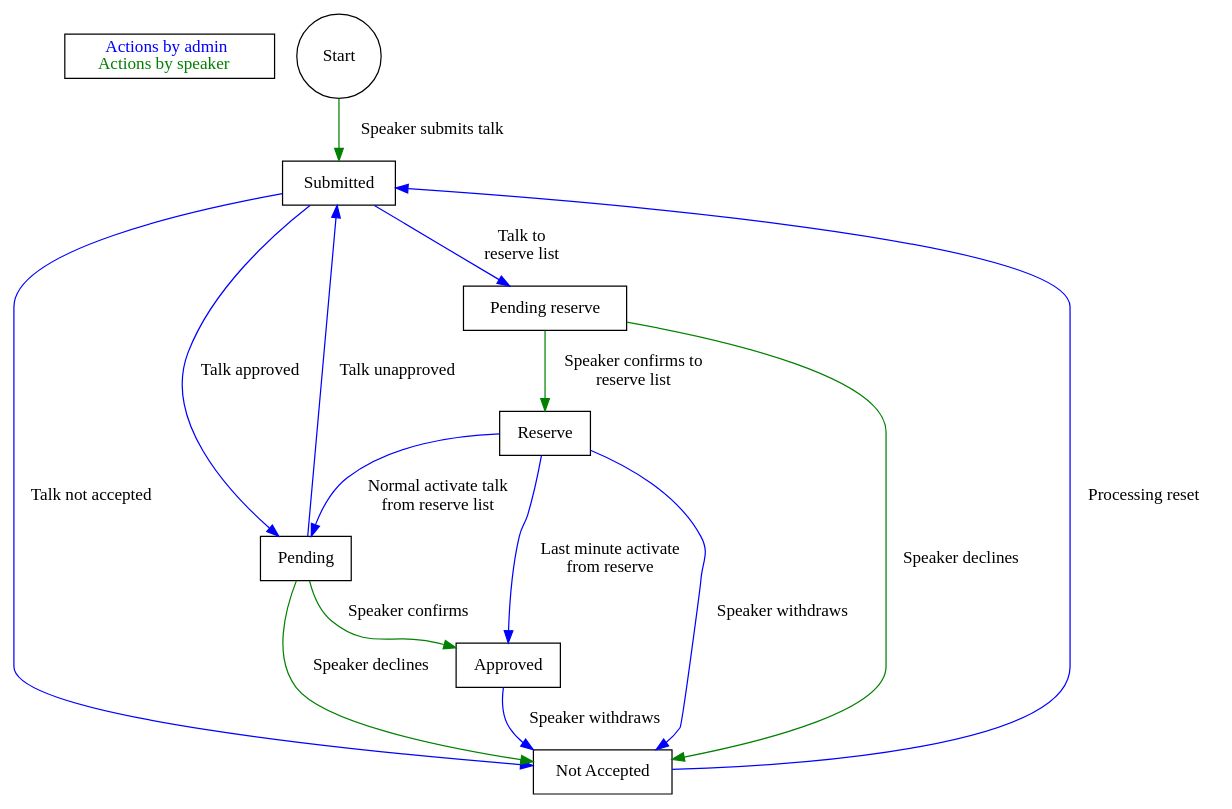
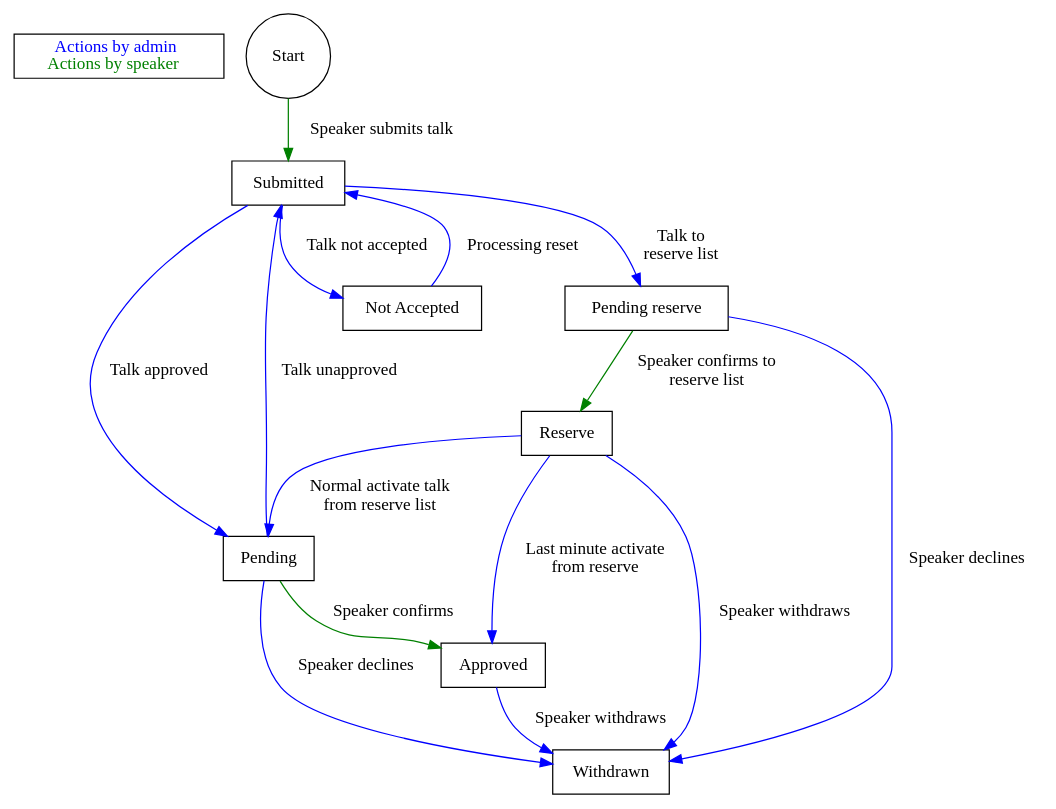
The diagram in docs/confreg/graphs/talk_states.dot (pgeu/pgeu-system), drawn with Graphviz before and after one commit. The commit also changed 4 other files, not shown here.

```diff
--- a/docs/confreg/graphs/talk_states.dot
+++ b/docs/confreg/graphs/talk_states.dot
@@ -1,33 +1,33 @@
 digraph talkstates {
 	subgraph legend {
 		key[shape=box, label=<
 		    <font color="blue">Actions by admin</font><br/>
 		    <font color="green">Actions by speaker</font><br/>
 		>, labeljust="l"]
 	}
 
 	start[shape=circle label=Start];
 
 	submitted[shape=box label=Submitted];
 	pending[shape=box label=Pending];
 	approved[shape=box label=Approved];
 	reserve[shape=box label=Reserve];
 	pendingreserve[shape=box label="Pending reserve"];
-
 	notaccepted[shape=box label="Not Accepted"];
+	withdrawn[shape=box label="Withdrawn"];
 
 	start -> submitted [label = "Speaker submits talk", color=green];
 	submitted -> pending [label = "Talk approved", color=blue]
 	pending -> approved [label = "Speaker confirms", color=green]
-	pending -> notaccepted [label = "Speaker declines", color=green]
+	pending -> withdrawn [label = "Speaker declines", color=blue]
 	pending -> submitted [label = "Talk unapproved", color=blue]
 	submitted -> notaccepted [label = "Talk not accepted", color=blue]
 	submitted -> pendingreserve [label = "Talk to\nreserve list", color=blue]
 	pendingreserve -> reserve [label = "Speaker confirms to\nreserve list", color=green]
-	pendingreserve -> notaccepted [label = "Speaker declines", color=green]
+	pendingreserve -> withdrawn [label = "Speaker declines", color=blue]
 	reserve -> pending [label = "Normal activate talk\n from reserve list", color=blue]
-	approved -> notaccepted [label = "Speaker withdraws", color=blue]
+	approved -> withdrawn [label = "Speaker withdraws", color=blue]
 	notaccepted -> submitted [label = "Processing reset", color=blue]
 	reserve -> approved [label = "Last minute activate\nfrom reserve", color=blue]
-	reserve -> notaccepted [label = "Speaker withdraws", color=blue]
+	reserve -> withdrawn [label = "Speaker withdraws", color=blue]
 }
```
